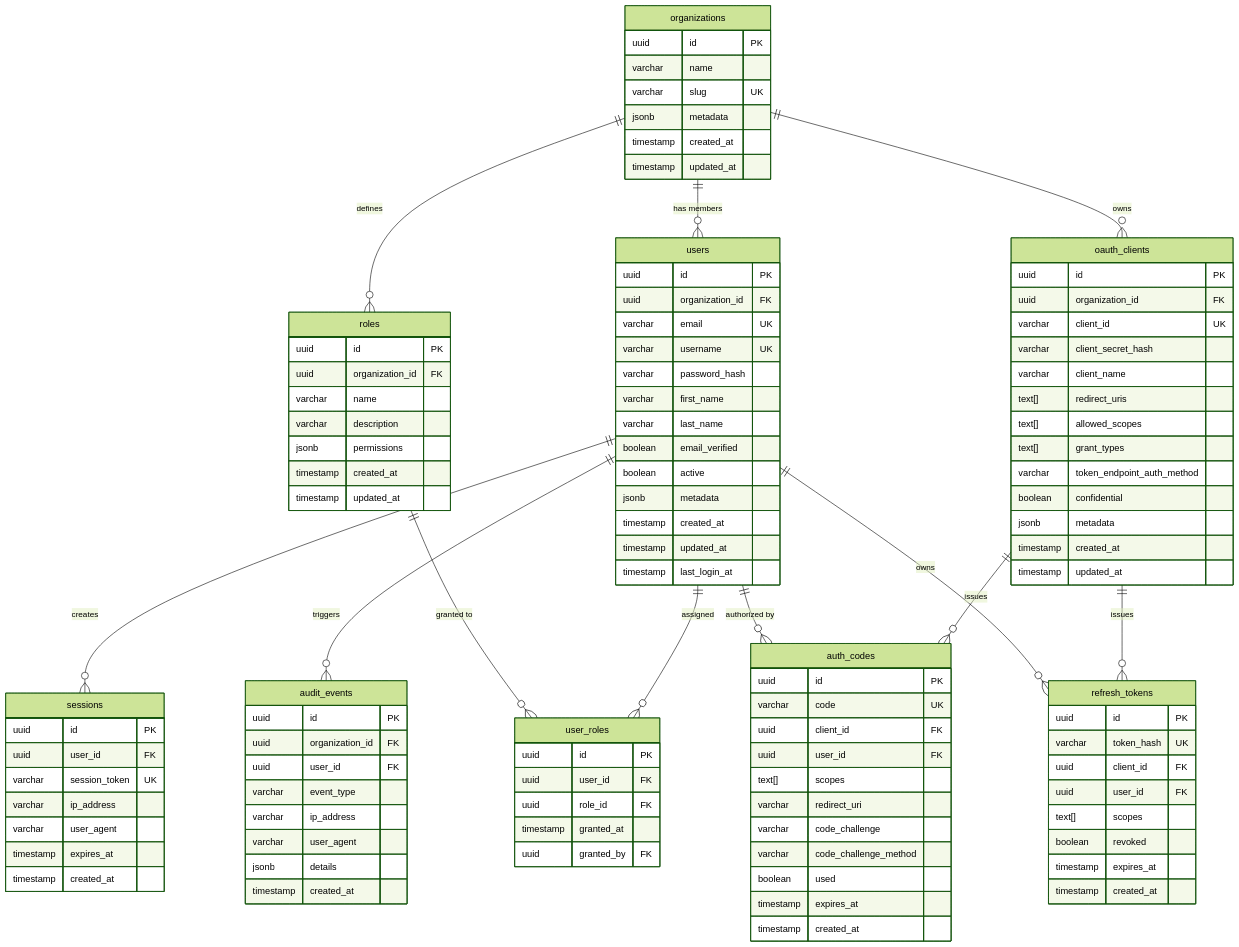
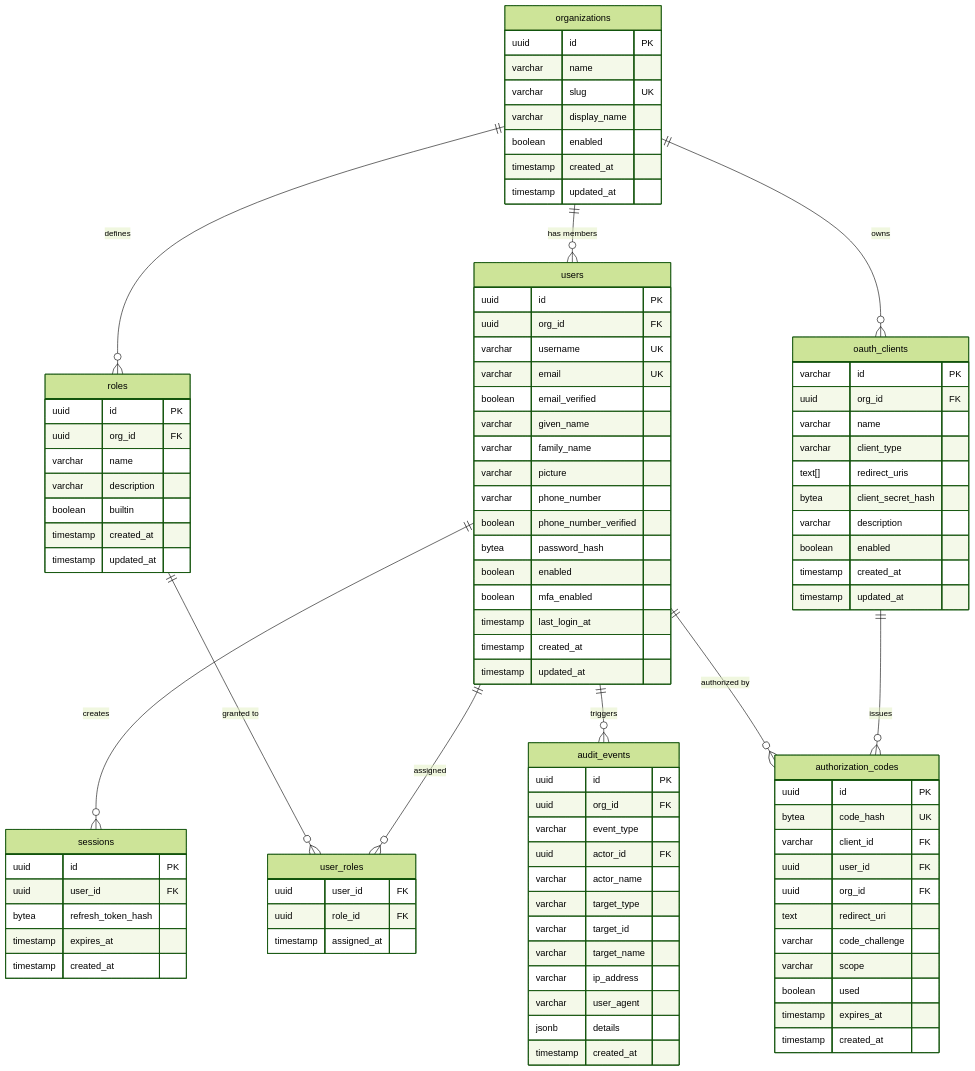
Before and after one commit to manimovassagh/rampart: the diagram in docs-site/docs/architecture/data-model.md, drawn with Mermaid (forest theme). The commit also changed other lines of this file and 2 other files, not shown here.

First line of the commit message:
docs: fix architecture docs (package structure, argon2id, data model)

````diff
--- a/docs-site/docs/architecture/data-model.md
+++ b/docs-site/docs/architecture/data-model.md
@@ -19,66 +19,63 @@
     roles ||--o{ user_roles : "granted to"
     users ||--o{ sessions : "creates"
     users ||--o{ audit_events : "triggers"
-    oauth_clients ||--o{ auth_codes : "issues"
-    users ||--o{ auth_codes : "authorized by"
-    oauth_clients ||--o{ refresh_tokens : "issues"
-    users ||--o{ refresh_tokens : "owns"
+    oauth_clients ||--o{ authorization_codes : "issues"
+    users ||--o{ authorization_codes : "authorized by"
 
     organizations {
         uuid id PK
         varchar name
         varchar slug UK
-        jsonb metadata
+        varchar display_name
+        boolean enabled
         timestamp created_at
         timestamp updated_at
     }
 
     users {
         uuid id PK
-        uuid organization_id FK
+        uuid org_id FK
+        varchar username UK
         varchar email UK
-        varchar username UK
-        varchar password_hash
-        varchar first_name
-        varchar last_name
         boolean email_verified
-        boolean active
-        jsonb metadata
+        varchar given_name
+        varchar family_name
+        varchar picture
+        varchar phone_number
+        boolean phone_number_verified
+        bytea password_hash
+        boolean enabled
+        boolean mfa_enabled
+        timestamp last_login_at
         timestamp created_at
         timestamp updated_at
-        timestamp last_login_at
     }
 
     roles {
         uuid id PK
-        uuid organization_id FK
+        uuid org_id FK
         varchar name
         varchar description
-        jsonb permissions
+        boolean builtin
         timestamp created_at
         timestamp updated_at
     }
 
     user_roles {
-        uuid id PK
         uuid user_id FK
         uuid role_id FK
-        timestamp granted_at
-        uuid granted_by FK
+        timestamp assigned_at
     }
 
     oauth_clients {
-        uuid id PK
-        uuid organization_id FK
-        varchar client_id UK
-        varchar client_secret_hash
-        varchar client_name
+        varchar id PK
+        uuid org_id FK
+        varchar name
+        varchar client_type
         text[] redirect_uris
-        text[] allowed_scopes
-        text[] grant_types
-        varchar token_endpoint_auth_method
-        boolean confidential
-        jsonb metadata
+        bytea client_secret_hash
+        varchar description
+        boolean enabled
         timestamp created_at
         timestamp updated_at
     }
@@ -86,46 +83,37 @@
     sessions {
         uuid id PK
         uuid user_id FK
-        varchar session_token UK
-        varchar ip_address
-        varchar user_agent
+        bytea refresh_token_hash
         timestamp expires_at
         timestamp created_at
     }
 
     audit_events {
         uuid id PK
-        uuid organization_id FK
-        uuid user_id FK
+        uuid org_id FK
         varchar event_type
+        uuid actor_id FK
+        varchar actor_name
+        varchar target_type
+        varchar target_id
+        varchar target_name
         varchar ip_address
         varchar user_agent
         jsonb details
         timestamp created_at
     }
 
-    auth_codes {
+    authorization_codes {
         uuid id PK
-        varchar code UK
-        uuid client_id FK
+        bytea code_hash UK
+        varchar client_id FK
         uuid user_id FK
-        text[] scopes
-        varchar redirect_uri
+        uuid org_id FK
+        text redirect_uri
         varchar code_challenge
-        varchar code_challenge_method
+        varchar scope
         boolean used
         timestamp expires_at
         timestamp created_at
     }
-
-    refresh_tokens {
-        uuid id PK
-        varchar token_hash UK
-        uuid client_id FK
-        uuid user_id FK
-        text[] scopes
-        boolean revoked
-        timestamp expires_at
-        timestamp created_at
-    }
 ```
````
